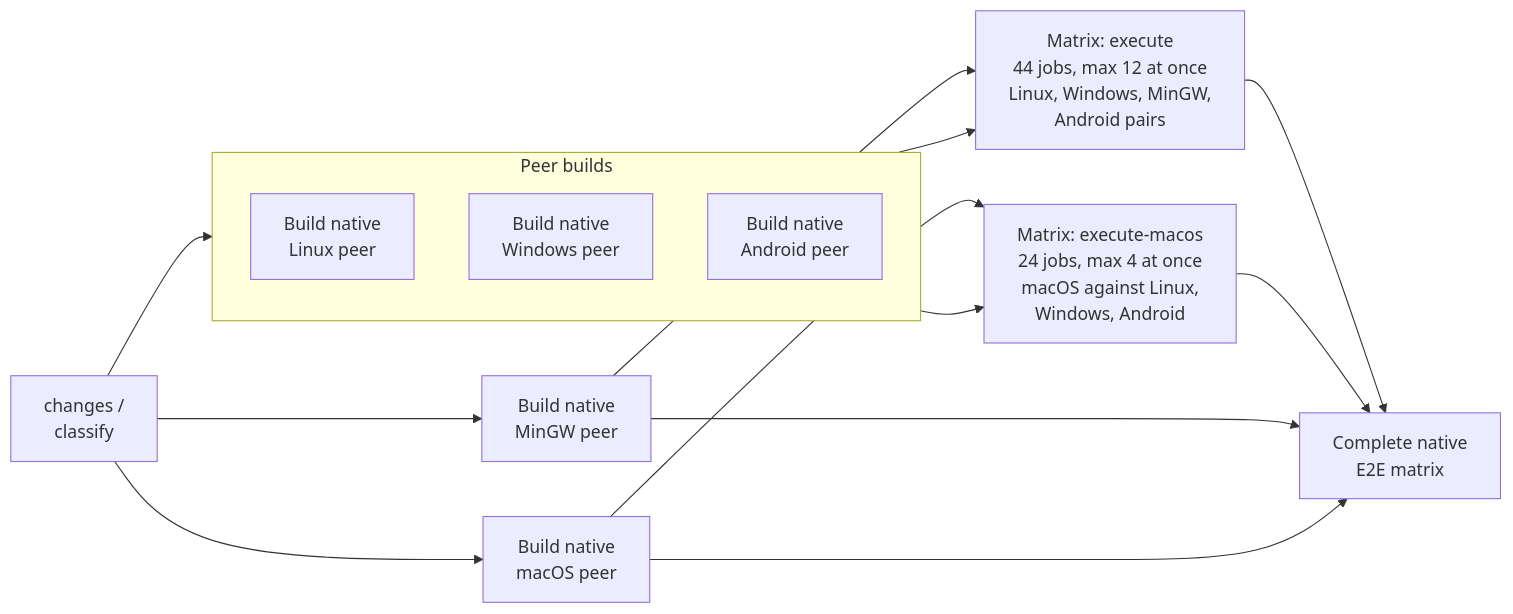
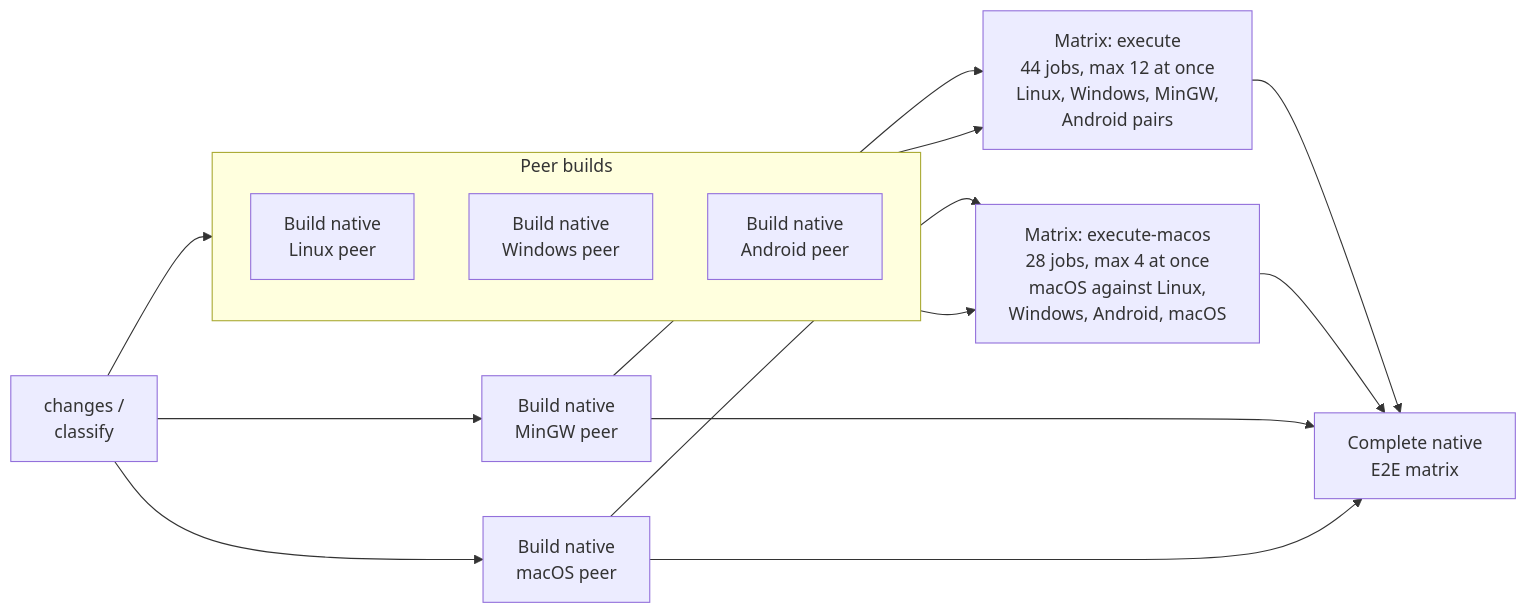
One commit to irregularthanis/ggpo-next changed the ninth of 15 diagrams in doc/architecture/CIWorkflows.md. Above: the diagram before and after it, drawn with Mermaid. The commit also changed other lines of this file and 11 other files, not shown here.

````diff
--- a/doc/architecture/CIWorkflows.md
+++ b/doc/architecture/CIWorkflows.md
@@ -316,25 +317,25 @@
 ```mermaid
 flowchart LR
     C["changes /<br/>classify"]
     subgraph Builds["Peer builds"]
         BL["Build native<br/>Linux peer"]
         BW["Build native<br/>Windows peer"]
         BA["Build native<br/>Android peer"]
     end
     BM["Build native<br/>MinGW peer"]
     BMac["Build native<br/>macOS peer"]
     X["Matrix: execute<br/>44 jobs, max 12 at once<br/>Linux, Windows, MinGW,<br/>Android pairs"]
-    XM["Matrix: execute-macos<br/>24 jobs, max 4 at once<br/>macOS against Linux,<br/>Windows, Android"]
+    XM["Matrix: execute-macos<br/>28 jobs, max 4 at once<br/>macOS against Linux,<br/>Windows, Android, macOS"]
     F["Complete native<br/>E2E matrix"]
     C --> Builds
     C --> BM
     C --> BMac
     Builds --> X
     Builds --> XM
     BM --> X
     BMac --> XM
     X --> F
     XM --> F
     BM --> F
     BMac --> F
 ```
````
